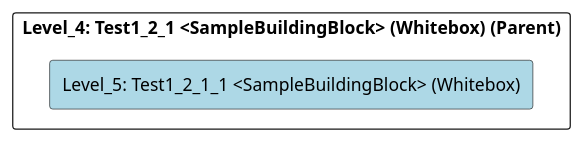
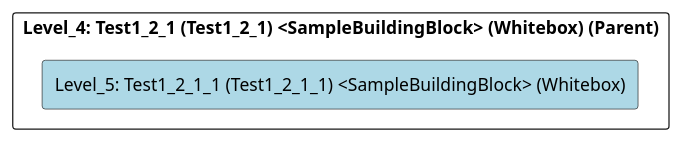
The diagram in src/cleon.architecturemethods.arc42.sample/doc/cleon_architecturemethods_arc42_sample_arc42/adoc/en/05_building_block_view/chess/test1/test1_2/test1_2_1/test1_2_1_1/level_5_test1_2_1_1.adoc (marcozwyssig/cleon), drawn with PlantUML before and after one commit. The commit also changed other lines of this file and 166 other files, not shown here.

```diff
--- a/src/cleon.architecturemethods.arc42.sample/doc/cleon_architecturemethods_arc42_sample_arc42/adoc/en/05_building_block_view/chess/test1/test1_2/test1_2_1/test1_2_1_1/level_5_test1_2_1_1.adoc
+++ b/src/cleon.architecturemethods.arc42.sample/doc/cleon_architecturemethods_arc42_sample_arc42/adoc/en/05_building_block_view/chess/test1/test1_2/test1_2_1/test1_2_1_1/level_5_test1_2_1_1.adoc
@@ -20,24 +20,24 @@
-[plantuml, Level_5: Test1_2_1_1 <SampleBuildingBlock> (Whitebox)BlockOverview, format="svg"]
+[plantuml, Level_5: Test1_2_1_1 (Test1_2_1_1) <SampleBuildingBlock> (Whitebox)BlockOverview, format="svg"]
 ----
-@startuml Level_5: Test1_2_1_1 <SampleBuildingBlock> (Whitebox)BuildingBlockOverview
+@startuml Level_5: Test1_2_1_1 (Test1_2_1_1) <SampleBuildingBlock> (Whitebox)BuildingBlockOverview
 
 skinparam ranksep 10
 skinparam componentStyle rectangle
 skinparam shadowing false
 skinparam arrowColor lightblue
 skinparam arrowThickness 1.2
 skinparam rectangle {
   BackgroundColor White
   BorderColor #333
   RoundCorner 10
 }
 top to bottom direction
 
-component "Level_4: Test1_2_1 <SampleBuildingBlock> (Whitebox) (Parent)" {
-    component "Level_5: Test1_2_1_1 <SampleBuildingBlock> (Whitebox)" #lightblue {
+component "Level_4: Test1_2_1 (Test1_2_1) <SampleBuildingBlock> (Whitebox) (Parent)" {
+    component "Level_5: Test1_2_1_1 (Test1_2_1_1) <SampleBuildingBlock> (Whitebox)" #lightblue {
     }
 
 }
 
 @enduml
 ----
```
